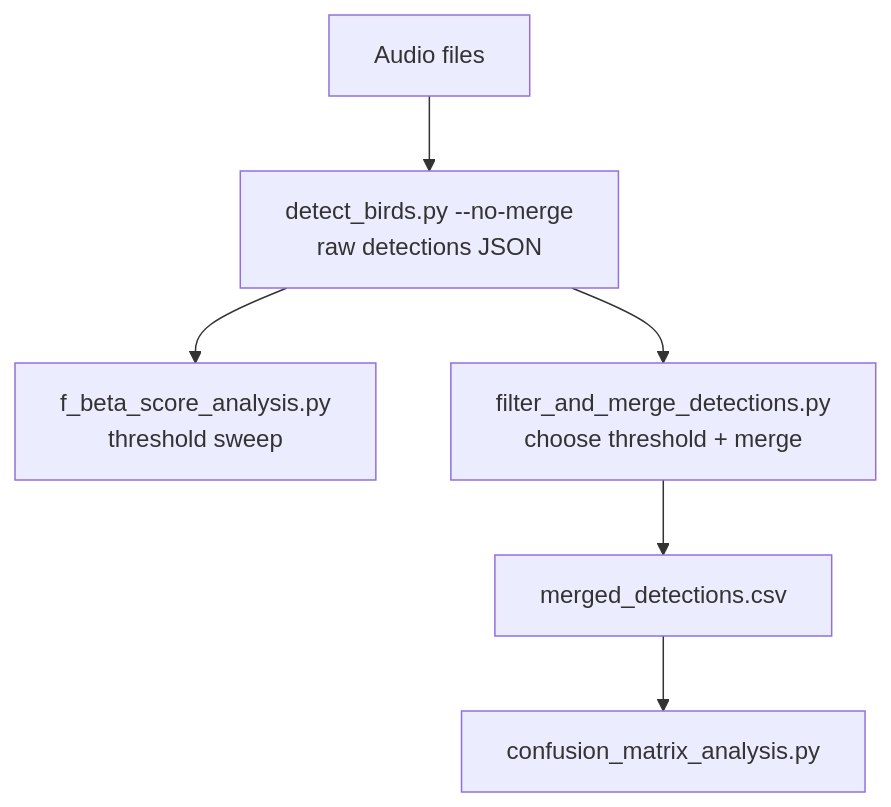
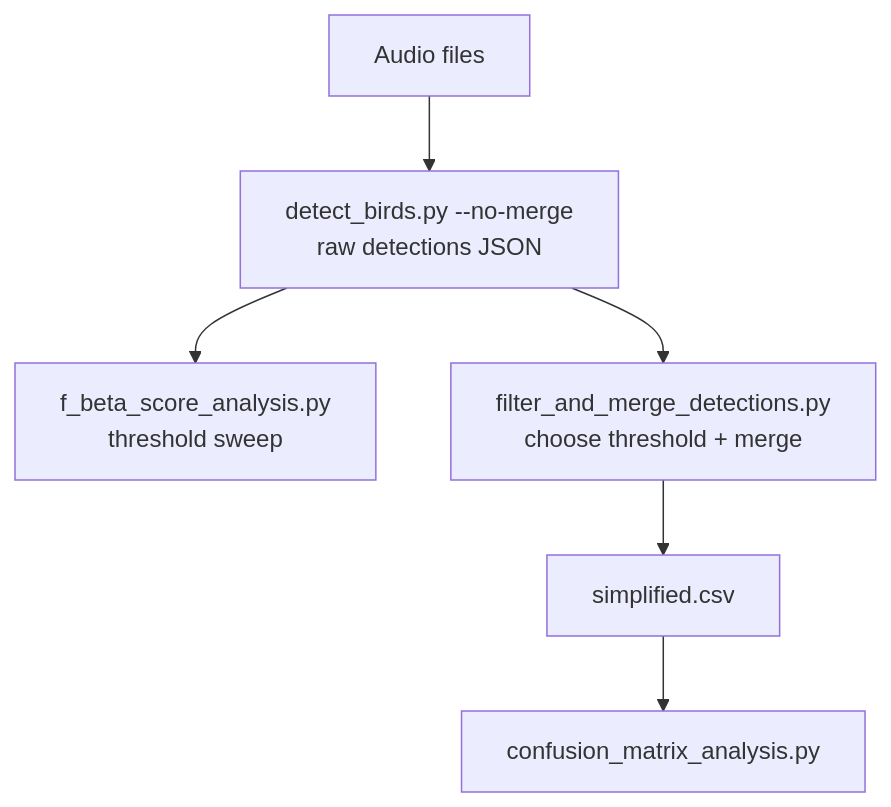
Before and after one commit to birdnet-team/BirdBox: the first of 2 diagrams in docs/how-it-works/overview.md, drawn with Mermaid. The commit also changed other lines of this file and 1 other file, not shown here.

````diff
--- a/docs/how-it-works/overview.md
+++ b/docs/how-it-works/overview.md
@@ -14,8 +14,8 @@
 ```mermaid
 flowchart TD
     A["Audio files"] --> B["detect_birds.py --no-merge<br/>raw detections JSON"]
     B --> C["f_beta_score_analysis.py<br/>threshold sweep"]
     B --> D["filter_and_merge_detections.py<br/>choose threshold + merge"]
-    D --> E["merged_detections.csv"]
+    D --> E["simplified.csv"]
     E --> F["confusion_matrix_analysis.py"]
 ```
````
